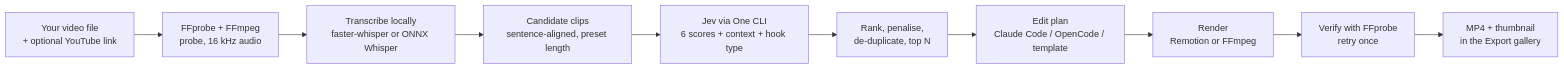
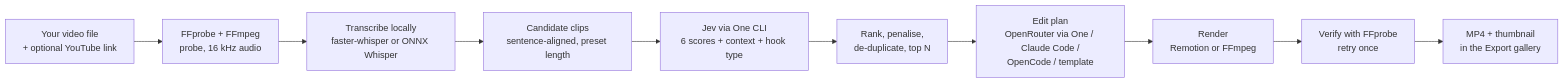
One commit to janmm97/oneclip changed the diagram in README.md. Above: the diagram before and after it, drawn with Mermaid. The commit also changed other lines of this file and 17 other files, not shown here.

First line of the commit message:
feat(plan): OpenRouter edit planner through the One CLI, on cheap models

````diff
--- a/README.md
+++ b/README.md
@@ -19,12 +19,12 @@
 ```mermaid
 flowchart LR
   A[Your video file<br/>+ optional YouTube link] --> B[FFprobe + FFmpeg<br/>probe, 16 kHz audio]
   B --> C[Transcribe locally<br/>faster-whisper or ONNX Whisper]
   C --> D[Candidate clips<br/>sentence-aligned, preset length]
   D --> E[Jev via One CLI<br/>6 scores + context + hook type]
   E --> F[Rank, penalise,<br/>de-duplicate, top N]
-  F --> G[Edit plan<br/>Claude Code / OpenCode / template]
+  F --> G[Edit plan<br/>OpenRouter via One / Claude Code /<br/>OpenCode / template]
   G --> H[Render<br/>Remotion or FFmpeg]
   H --> I[Verify with FFprobe<br/>retry once]
   I --> J[MP4 + thumbnail<br/>in the Export gallery]
 ```
````
